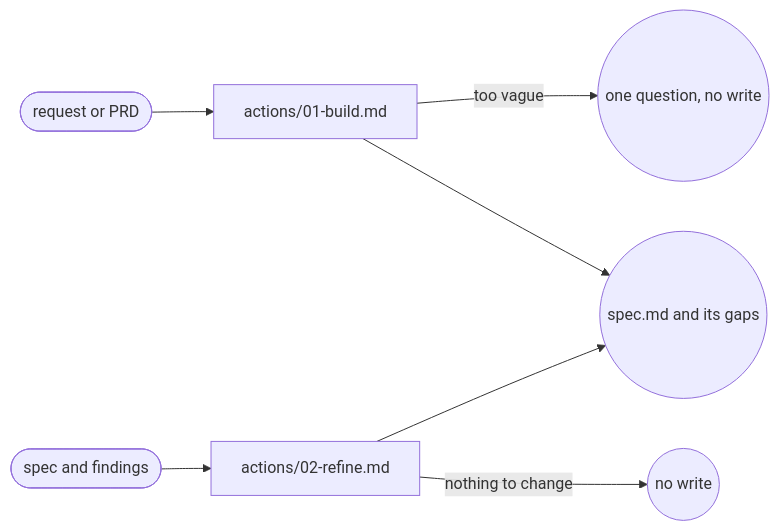
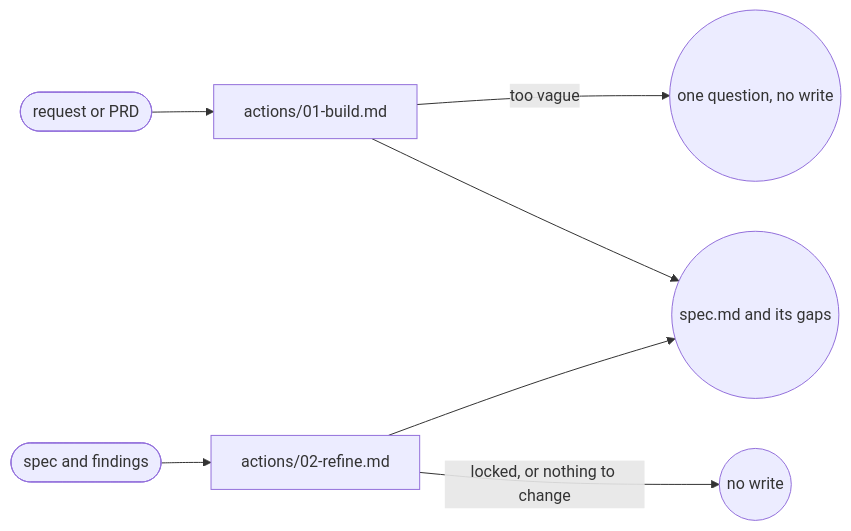
The diagram in plugins/aidd-pm/skills/04-spec/SKILL.md (ai-driven-dev/framework), drawn with Mermaid before and after one commit. The commit also changed other lines of this file and 7 other files, not shown here.

First line of the commit message:
refactor(aidd-pm): give the spec a draft or locked status that refine respects

````diff
--- a/plugins/aidd-pm/skills/04-spec/SKILL.md
+++ b/plugins/aidd-pm/skills/04-spec/SKILL.md
@@ -9,9 +9,9 @@
 ```mermaid
 flowchart LR
   source([request or PRD]) --> build["actions/01-build.md"]
   build -->|"too vague"| asked((one question, no write))
   build --> spec((spec.md and its gaps))
   findings([spec and findings]) --> refine["actions/02-refine.md"]
   refine --> spec
-  refine -->|"nothing to change"| unchanged((no write))
+  refine -->|"locked, or nothing to change"| unchanged((no write))
 ```
````
